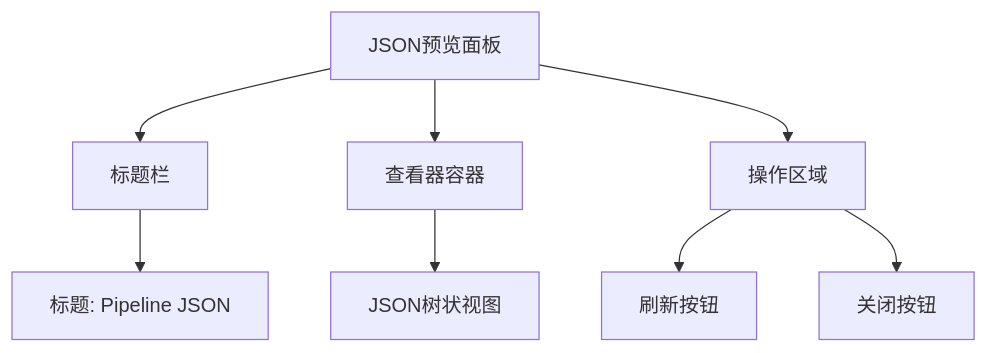
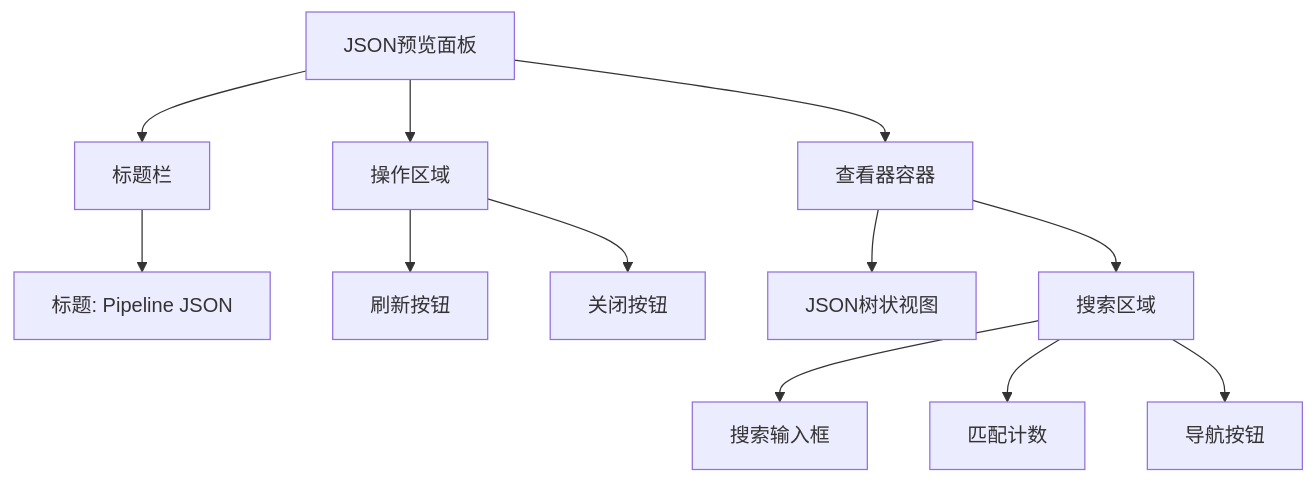
One commit to kqcoxn/MaaPipelineEditor changed the first of 7 diagrams in .qoder/repowiki/zh/content/核心概念/JSON预览面板.md. Above: the diagram before and after it, drawn with Mermaid. The commit also changed other lines of this file and 6 other files, not shown here.

````diff
--- a/.qoder/repowiki/zh/content/核心概念/JSON预览面板.md
+++ b/.qoder/repowiki/zh/content/核心概念/JSON预览面板.md
@@ -51,10 +58,14 @@
 ```mermaid
 flowchart TD
 A["JSON预览面板"] --> B["标题栏"]
 A --> C["查看器容器"]
 A --> D["操作区域"]
 B --> E["标题: Pipeline JSON"]
 D --> F["刷新按钮"]
 D --> G["关闭按钮"]
 C --> H["JSON树状视图"]
+C --> I["搜索区域"]
+I --> J["搜索输入框"]
+I --> K["匹配计数"]
+I --> L["导航按钮"]
 ```
````
